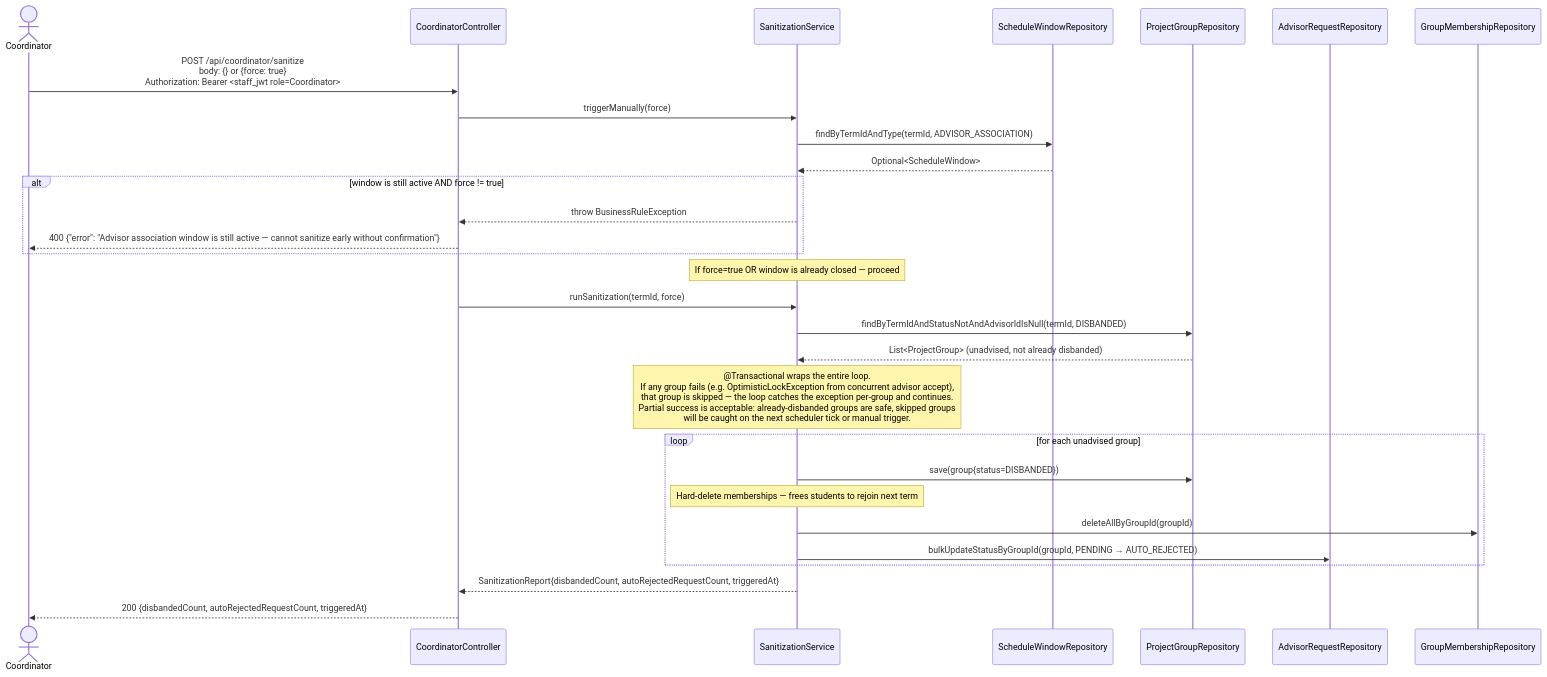
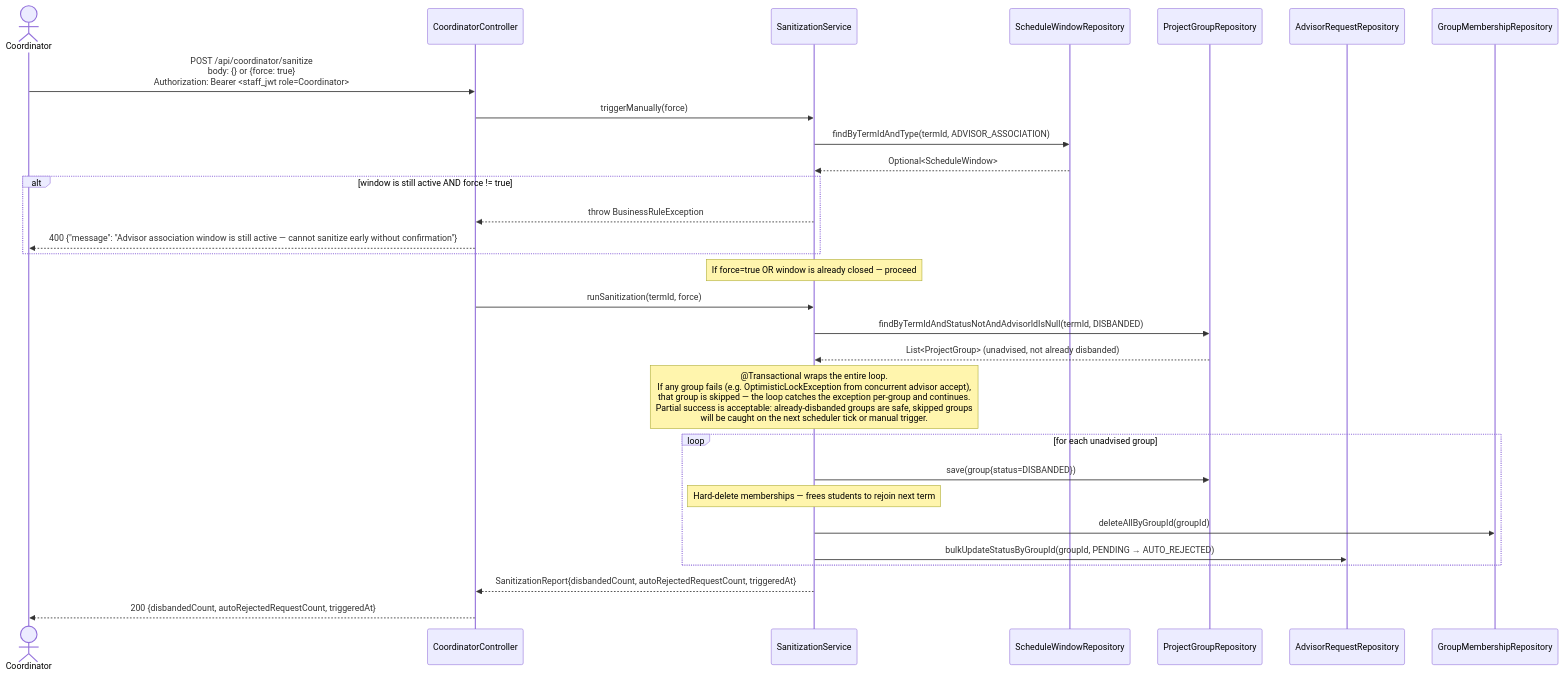
Before and after one commit to SE3318-Spring-2025-2026/senior-app-6: the second of 2 diagrams in docs/process3/sequences/3.4_sanitization_p3.md, drawn with Mermaid. The commit also changed 27 other files, not shown here.

````diff
--- a/docs/process3/sequences/3.4_sanitization_p3.md
+++ b/docs/process3/sequences/3.4_sanitization_p3.md
@@ -41,41 +41,41 @@
 ```mermaid
 sequenceDiagram
     actor Coordinator
     participant CoordinatorController
     participant SanitizationService
     participant ScheduleWindowRepository
     participant ProjectGroupRepository
     participant AdvisorRequestRepository
 
     Coordinator->>CoordinatorController: POST /api/coordinator/sanitize<br/>body: {} or {force: true}<br/>Authorization: Bearer <staff_jwt role=Coordinator>
 
     CoordinatorController->>SanitizationService: triggerManually(force)
 
     SanitizationService->>ScheduleWindowRepository: findByTermIdAndType(termId, ADVISOR_ASSOCIATION)
     ScheduleWindowRepository-->>SanitizationService: Optional<ScheduleWindow>
 
     alt window is still active AND force != true
         SanitizationService-->>CoordinatorController: throw BusinessRuleException
-        CoordinatorController-->>Coordinator: 400 {"error": "Advisor association window is still active — cannot sanitize early without confirmation"}
+        CoordinatorController-->>Coordinator: 400 {"message": "Advisor association window is still active — cannot sanitize early without confirmation"}
     end
 
     Note over SanitizationService: If force=true OR window is already closed — proceed
     CoordinatorController->>SanitizationService: runSanitization(termId, force)
 
     SanitizationService->>ProjectGroupRepository: findByTermIdAndStatusNotAndAdvisorIdIsNull(termId, DISBANDED)
     ProjectGroupRepository-->>SanitizationService: List<ProjectGroup> (unadvised, not already disbanded)
 
     Note over SanitizationService: @Transactional wraps the entire loop.<br/>If any group fails (e.g. OptimisticLockException from concurrent advisor accept),<br/>that group is skipped — the loop catches the exception per-group and continues.<br/>Partial success is acceptable: already-disbanded groups are safe, skipped groups<br/>will be caught on the next scheduler tick or manual trigger.
 
     loop for each unadvised group
         SanitizationService->>ProjectGroupRepository: save(group{status=DISBANDED})
 
         Note over SanitizationService: Hard-delete memberships — frees students to rejoin next term
         SanitizationService->>GroupMembershipRepository: deleteAllByGroupId(groupId)
 
         SanitizationService->>AdvisorRequestRepository: bulkUpdateStatusByGroupId(groupId, PENDING → AUTO_REJECTED)
     end
 
     SanitizationService-->>CoordinatorController: SanitizationReport{disbandedCount, autoRejectedRequestCount, triggeredAt}
     CoordinatorController-->>Coordinator: 200 {disbandedCount, autoRejectedRequestCount, triggeredAt}
 ```
````
